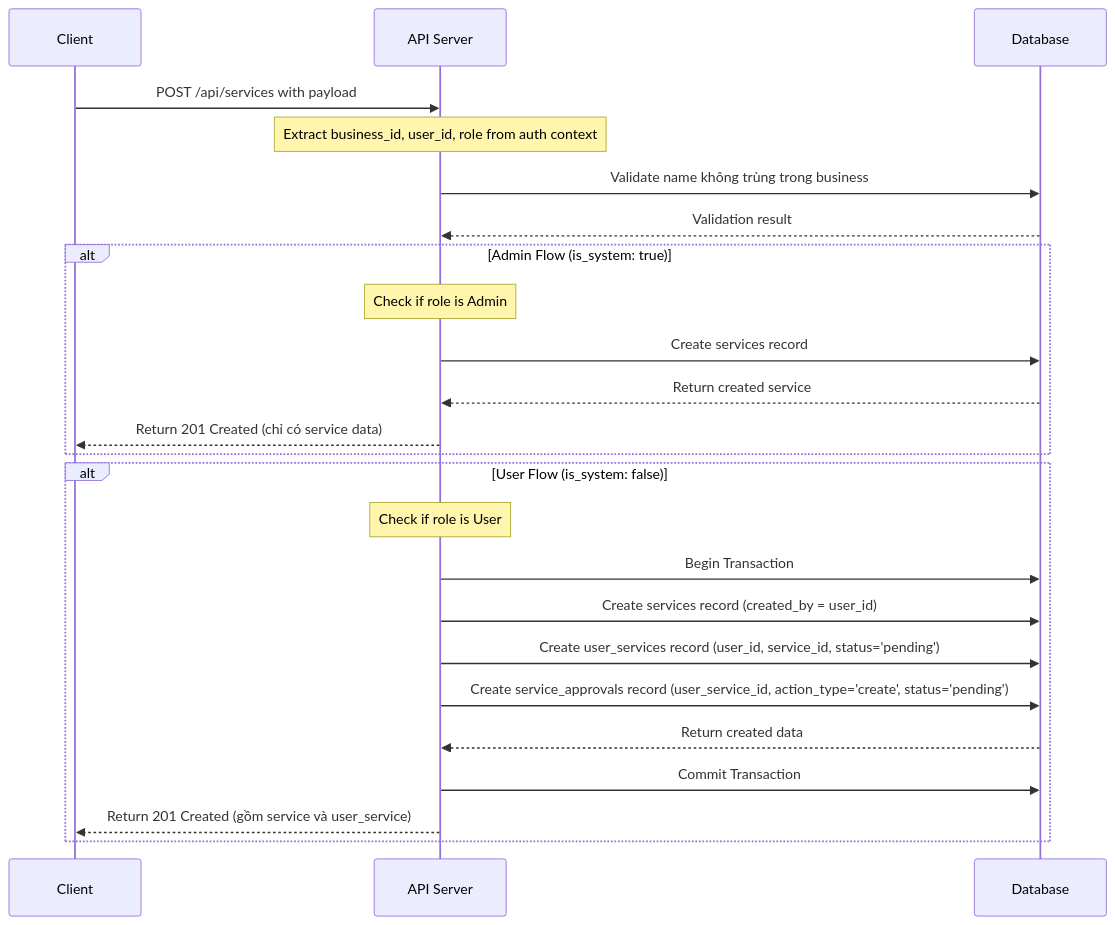
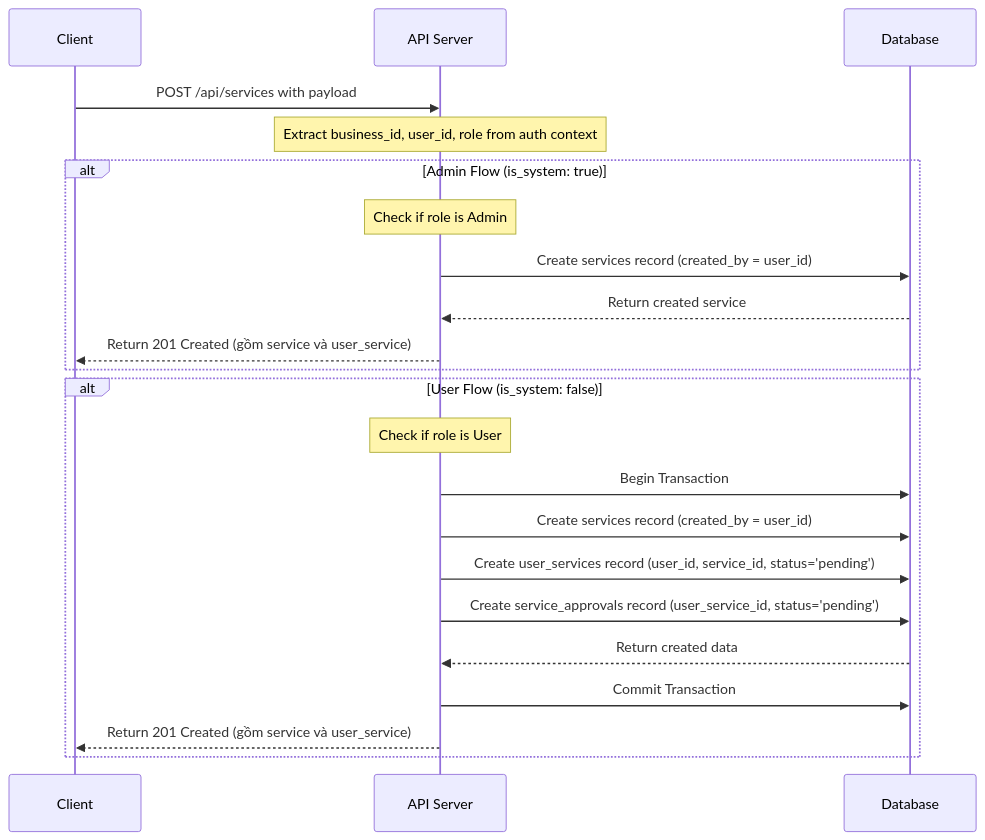
Before and after one commit to NguyenNgocHongHan/MINHTHUShop: the third of 9 diagrams in notifications.md, drawn with Mermaid. The commit also changed other lines of this file, not shown here.

````diff
--- a/notifications.md
+++ b/notifications.md
@@ -222,30 +244,27 @@
 ```mermaid
 sequenceDiagram
     participant Client
     participant API as API Server
     participant DB as Database
 
     Client->>API: POST /api/services with payload
     Note over API: Extract business_id, user_id, role from auth context
 
-    API->>DB: Validate name không trùng trong business
-    DB-->>API: Validation result
-
     alt Admin Flow (is_system: true)
         Note over API: Check if role is Admin
-        API->>DB: Create services record
+        API->>DB: Create services record (created_by = user_id)
         DB-->>API: Return created service
-        API-->>Client: Return 201 Created (chỉ có service data)
+        API-->>Client: Return 201 Created (gồm service và user_service)
     end
 
     alt User Flow (is_system: false)
         Note over API: Check if role is User
         API->>DB: Begin Transaction
         API->>DB: Create services record (created_by = user_id)
         API->>DB: Create user_services record (user_id, service_id, status='pending')
-        API->>DB: Create service_approvals record (user_service_id, action_type='create', status='pending')
+        API->>DB: Create service_approvals record (user_service_id, status='pending')
         DB-->>API: Return created data
         API->>DB: Commit Transaction
         API-->>Client: Return 201 Created (gồm service và user_service)
     end
 ```
````
